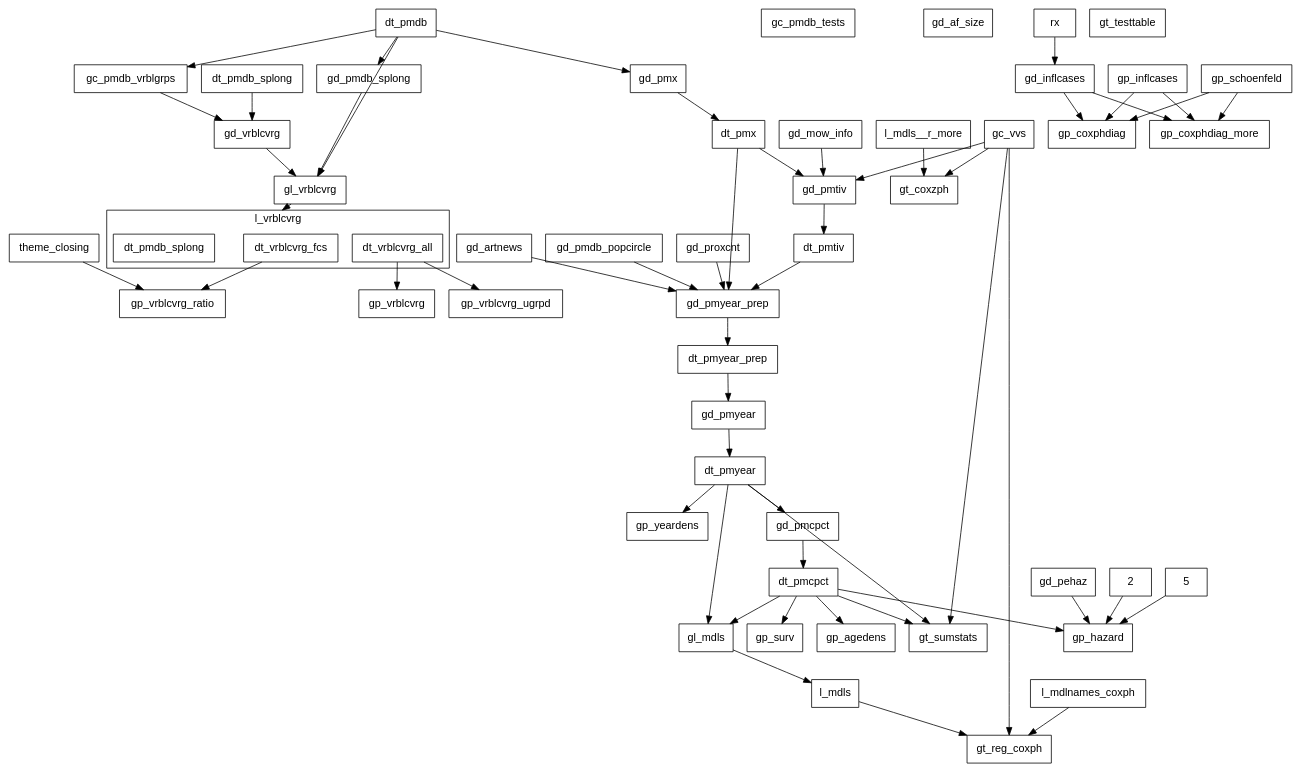
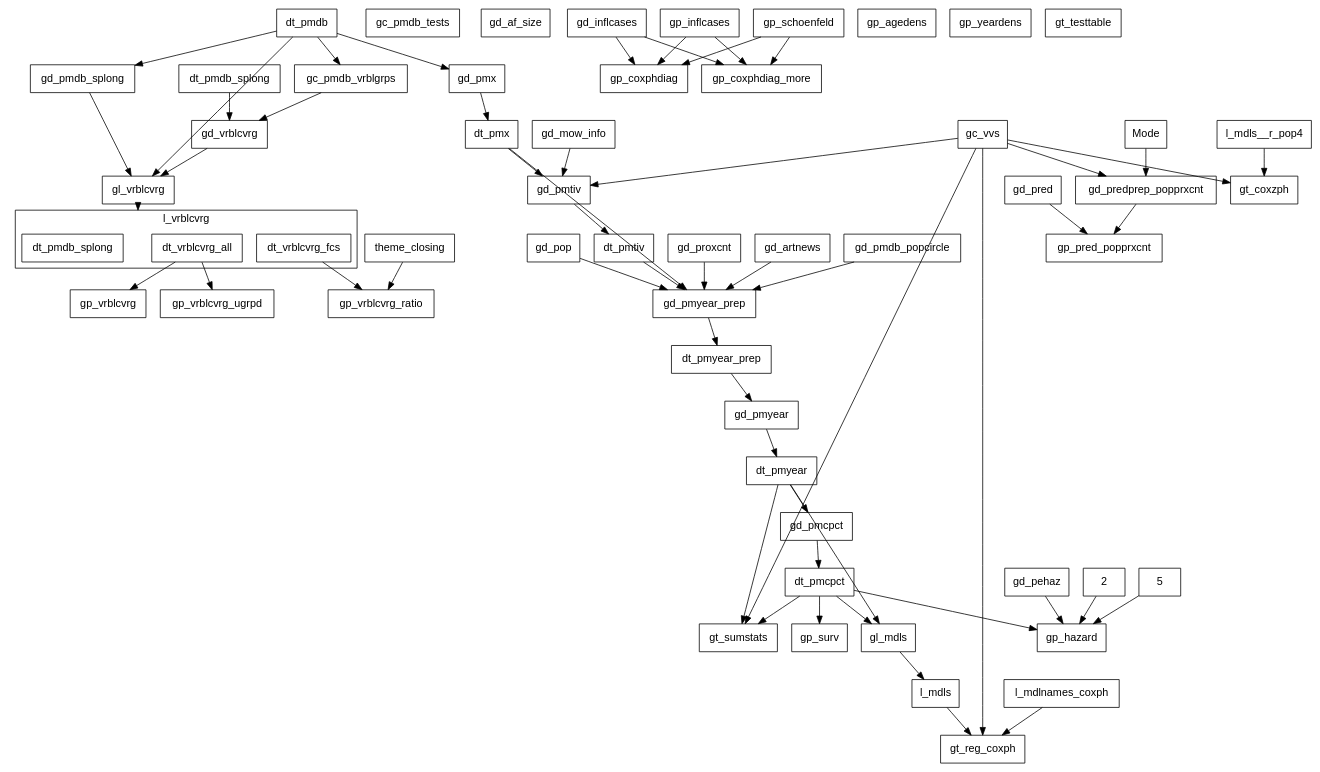
One commit to swhalemwo/pm_closing changed the diagram in misc/callgraph2.dot. Above: the diagram before and after it, drawn with Graphviz. The commit also changed 7 other files, not shown here.

```diff
--- a/misc/callgraph2.dot
+++ b/misc/callgraph2.dot
@@ -1,114 +1,120 @@
 digraph D {
  compound = true;
  splines = false; fontname=helvetica;
  node [shape=box, fontsize = 14, fontname=helvetica];
  edge [style = solid];
  
  subgraph cluster_l_vrblcvrg {
  label = "l_vrblcvrg";
  l_vrblcvrg__dt_vrblcvrg_all [label=dt_vrblcvrg_all]; 
 l_vrblcvrg__dt_vrblcvrg_fcs [label=dt_vrblcvrg_fcs]; 
 l_vrblcvrg [label = "", color=transparent, width=0, height=0]; 
 l_vrblcvrg__dt_pmdb_splong [label=dt_pmdb_splong] 
 } 
  gc_pmdb_tests; 
 gc_pmdb_vrblgrps; 
 gc_vvs; 
 gd_af_size; 
 gd_artnews; 
 gd_inflcases; 
 gd_mow_info; 
 gd_pehaz; 
 gd_pmcpct; 
 gd_pmdb_popcircle; 
 gd_pmdb_splong; 
 gd_pmtiv; 
 gd_pmx; 
 gd_pmyear; 
 gd_pmyear_prep; 
+gd_pop; 
+gd_pred; 
+gd_predprep_popprxcnt; 
 gd_proxcnt; 
 gd_vrblcvrg; 
 gl_mdls; 
 gl_vrblcvrg; 
 gp_agedens; 
 gp_coxphdiag; 
 gp_coxphdiag_more; 
 gp_hazard; 
 gp_inflcases; 
+gp_pred_popprxcnt; 
 gp_schoenfeld; 
 gp_surv; 
 gp_vrblcvrg; 
 gp_vrblcvrg_ratio; 
 gp_vrblcvrg_ugrpd; 
 gp_yeardens; 
 gt_coxzph; 
 gt_reg_coxph; 
 gt_sumstats; 
 gt_testtable; 
+Mode; 
 theme_closing; 
 dt_pmdb; 
 dt_pmdb_splong; 
 dt_pmx; 
 dt_pmtiv; 
 dt_pmyear_prep; 
 dt_pmyear; 
 dt_pmcpct; 
 2; 
 5; 
-rx; 
-l_mdls__r_more; 
+l_mdls__r_pop4; 
 l_mdls; 
 l_mdlnames_coxph 
  2 -> gp_hazard; 
 5 -> gp_hazard; 
+Mode -> gd_predprep_popprxcnt; 
 dt_pmcpct -> gl_mdls; 
-dt_pmcpct -> gp_agedens; 
 dt_pmcpct -> gp_hazard; 
 dt_pmcpct -> gp_surv; 
 dt_pmcpct -> gt_sumstats; 
 dt_pmdb -> gc_pmdb_vrblgrps; 
 dt_pmdb -> gd_pmdb_splong; 
 dt_pmdb -> gd_pmx; 
 dt_pmdb -> gl_vrblcvrg; 
 dt_pmdb_splong -> gd_vrblcvrg; 
 dt_pmtiv -> gd_pmyear_prep; 
 dt_pmx -> gd_pmtiv; 
 dt_pmx -> gd_pmyear_prep; 
 dt_pmyear -> gd_pmcpct; 
 dt_pmyear -> gl_mdls; 
-dt_pmyear -> gp_yeardens; 
 dt_pmyear -> gt_sumstats; 
 dt_pmyear_prep -> gd_pmyear; 
 gc_pmdb_vrblgrps -> gd_vrblcvrg; 
 gc_vvs -> gd_pmtiv; 
+gc_vvs -> gd_predprep_popprxcnt; 
 gc_vvs -> gt_coxzph; 
 gc_vvs -> gt_reg_coxph; 
 gc_vvs -> gt_sumstats; 
 gd_artnews -> gd_pmyear_prep; 
 gd_inflcases -> gp_coxphdiag; 
 gd_inflcases -> gp_coxphdiag_more; 
 gd_mow_info -> gd_pmtiv; 
 gd_pehaz -> gp_hazard; 
 gd_pmcpct -> dt_pmcpct; 
 gd_pmdb_popcircle -> gd_pmyear_prep; 
 gd_pmdb_splong -> gl_vrblcvrg; 
 gd_pmtiv -> dt_pmtiv; 
 gd_pmx -> dt_pmx; 
 gd_pmyear -> dt_pmyear; 
 gd_pmyear_prep -> dt_pmyear_prep; 
+gd_pop -> gd_pmyear_prep; 
+gd_pred -> gp_pred_popprxcnt; 
+gd_predprep_popprxcnt -> gp_pred_popprxcnt; 
 gd_proxcnt -> gd_pmyear_prep; 
 gd_vrblcvrg -> gl_vrblcvrg; 
 gl_mdls -> l_mdls; 
 gl_vrblcvrg -> l_vrblcvrg[lhead=cluster_l_vrblcvrg,ltail=gl_vrblcvrg]; 
 gp_inflcases -> gp_coxphdiag; 
 gp_inflcases -> gp_coxphdiag_more; 
 gp_schoenfeld -> gp_coxphdiag; 
 gp_schoenfeld -> gp_coxphdiag_more; 
 l_mdlnames_coxph -> gt_reg_coxph; 
 l_mdls -> gt_reg_coxph; 
-l_mdls__r_more -> gt_coxzph; 
+l_mdls__r_pop4 -> gt_coxzph; 
 l_vrblcvrg__dt_vrblcvrg_all -> gp_vrblcvrg; 
 l_vrblcvrg__dt_vrblcvrg_all -> gp_vrblcvrg_ugrpd; 
 l_vrblcvrg__dt_vrblcvrg_fcs -> gp_vrblcvrg_ratio; 
-rx -> gd_inflcases; 
 theme_closing -> gp_vrblcvrg_ratio }
```
